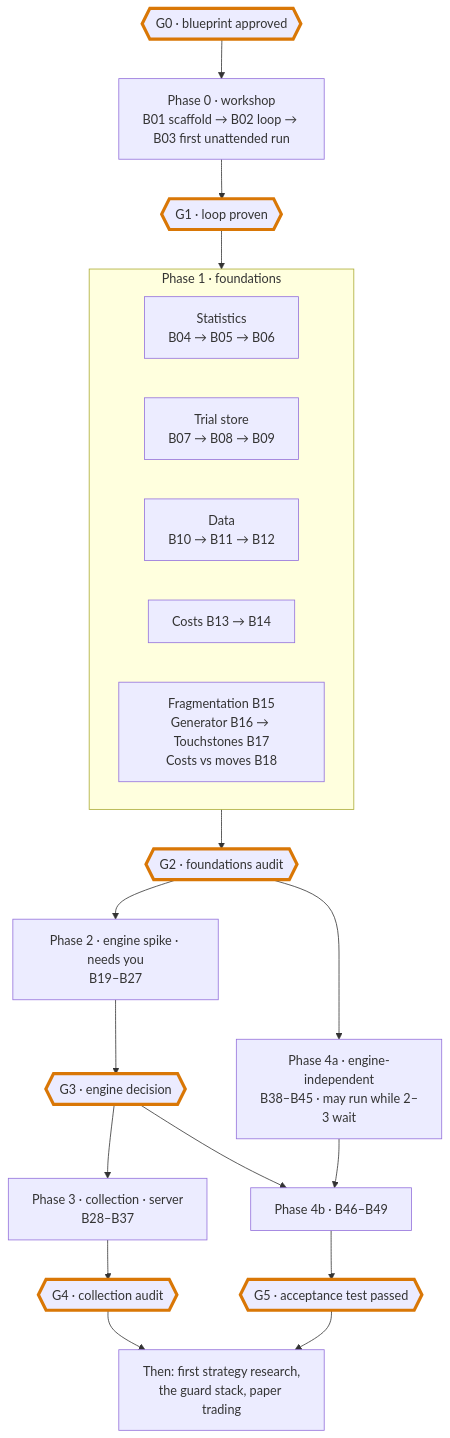
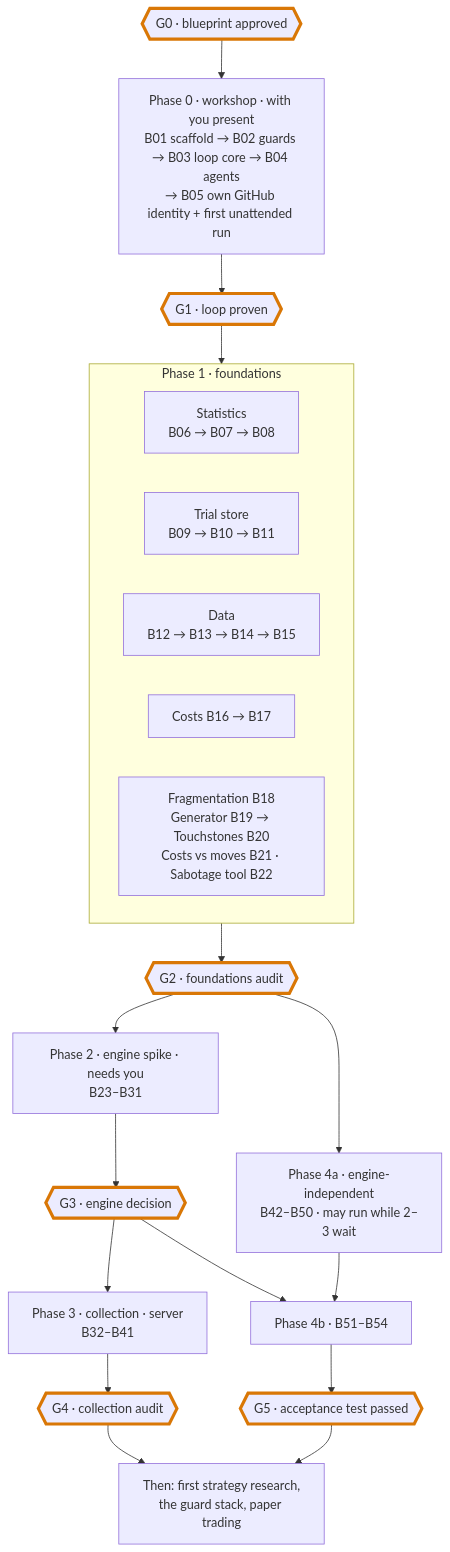
One commit to vedantgautam1/chronos changed the eighth of 8 diagrams in docs/v2/build/BLUEPRINT.md. Above: the diagram before and after it, drawn with Mermaid. The commit also changed other lines of this file and 43 other files, not shown here.

````diff
--- a/docs/v2/build/BLUEPRINT.md
+++ b/docs/v2/build/BLUEPRINT.md
@@ -565,33 +615,33 @@
 ```mermaid
 flowchart TD
   G0{{"G0 · blueprint approved"}}
-  P0["Phase 0 · workshop<br/>B01 scaffold → B02 loop → B03 first unattended run"]
+  P0["Phase 0 · workshop · with you present<br/>B01 scaffold → B02 guards → B03 loop core → B04 agents<br/>→ B05 own GitHub identity + first unattended run"]
   G1{{"G1 · loop proven"}}
   subgraph P1["Phase 1 · foundations"]
-    S["Statistics<br/>B04 → B05 → B06"]
-    M["Trial store<br/>B07 → B08 → B09"]
-    D["Data<br/>B10 → B11 → B12"]
-    C["Costs B13 → B14"]
-    F["Fragmentation B15<br/>Generator B16 → Touchstones B17<br/>Costs vs moves B18"]
+    S["Statistics<br/>B06 → B07 → B08"]
+    M["Trial store<br/>B09 → B10 → B11"]
+    D["Data<br/>B12 → B13 → B14 → B15"]
+    C["Costs B16 → B17"]
+    F["Fragmentation B18<br/>Generator B19 → Touchstones B20<br/>Costs vs moves B21 · Sabotage tool B22"]
   end
   G2{{"G2 · foundations audit"}}
-  P2["Phase 2 · engine spike · needs you<br/>B19–B27"]
+  P2["Phase 2 · engine spike · needs you<br/>B23–B31"]
   G3{{"G3 · engine decision"}}
-  P3["Phase 3 · collection · server<br/>B28–B37"]
+  P3["Phase 3 · collection · server<br/>B32–B41"]
   G4{{"G4 · collection audit"}}
-  P4A["Phase 4a · engine-independent<br/>B38–B45 · may run while 2–3 wait"]
-  P4B["Phase 4b · B46–B49"]
+  P4A["Phase 4a · engine-independent<br/>B42–B50 · may run while 2–3 wait"]
+  P4B["Phase 4b · B51–B54"]
   G5{{"G5 · acceptance test passed"}}
   NX["Then: first strategy research,<br/>the guard stack, paper trading"]
 
   G0 --> P0 --> G1 --> P1 --> G2
   G2 --> P2 --> G3 --> P3 --> G4
   G2 --> P4A
   G3 --> P4B
   P4A --> P4B --> G5
   G4 --> NX
   G5 --> NX
 
   classDef founder stroke:#d97706,stroke-width:4px;
   class G0,G1,G2,G3,G4,G5 founder;
 ```
````
